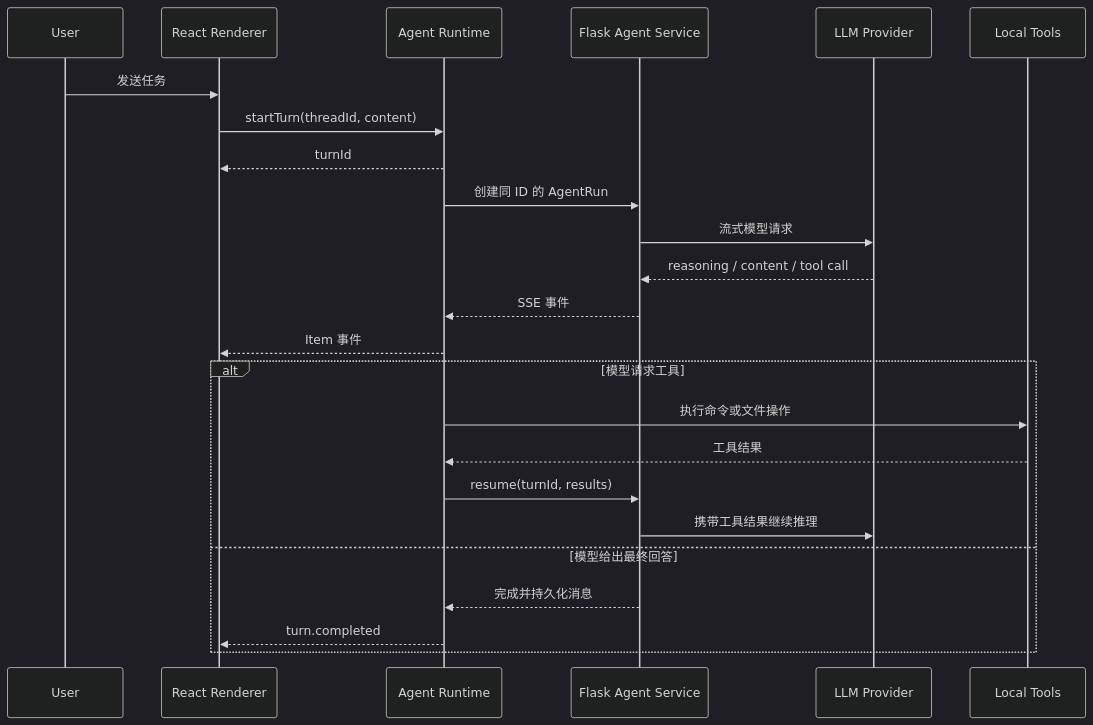
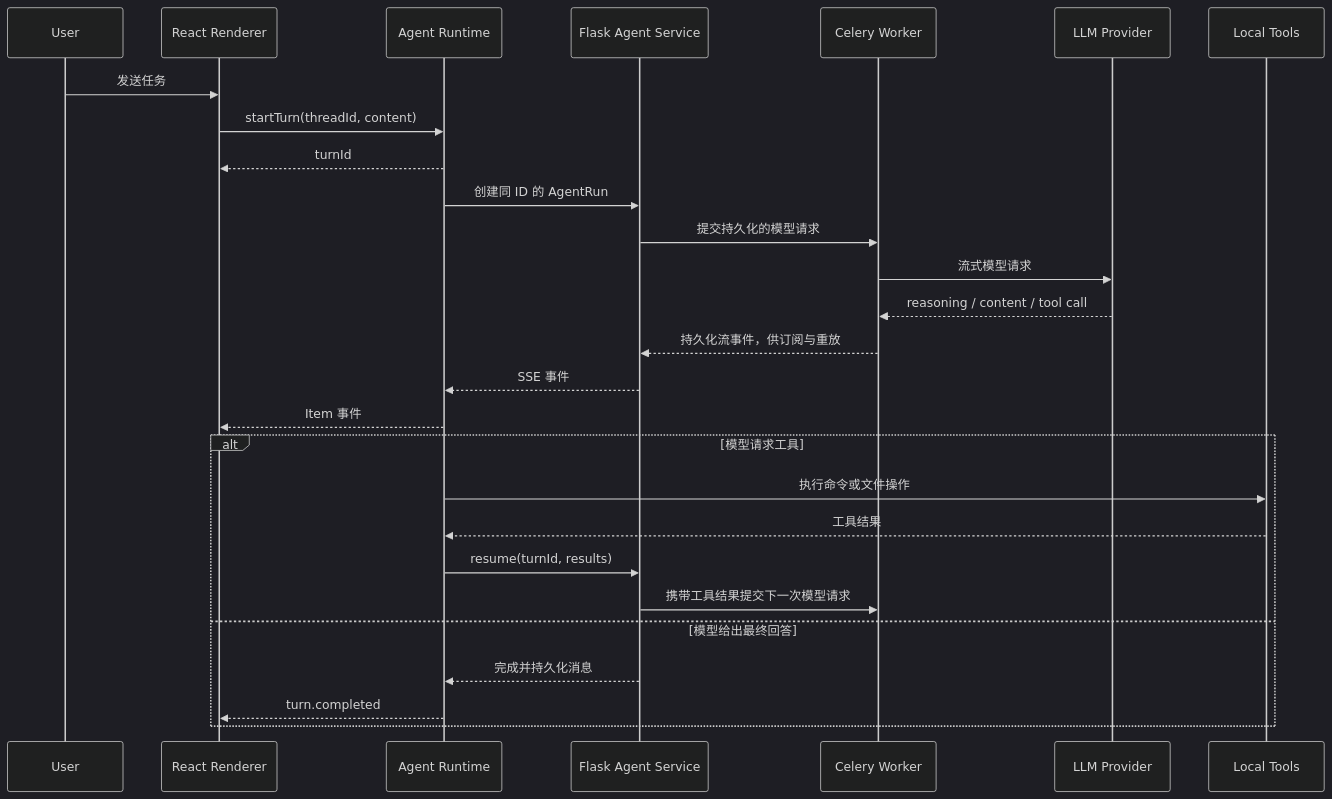
Before and after one commit to Covfefeable/ohmycode: the third of 3 diagrams in README.md, drawn with Mermaid (dark theme). The commit also changed other lines of this file and 36 other files, not shown here.

````diff
--- a/README.md
+++ b/README.md
@@ -158,27 +159,30 @@
 ```mermaid
 sequenceDiagram
     participant U as User
     participant UI as React Renderer
     participant R as Agent Runtime
     participant A as Flask Agent Service
+    participant W as Celery Worker
     participant L as LLM Provider
     participant T as Local Tools
 
     U->>UI: 发送任务
     UI->>R: startTurn(threadId, content)
     R-->>UI: turnId
     R->>A: 创建同 ID 的 AgentRun
-    A->>L: 流式模型请求
-    L-->>A: reasoning / content / tool call
+    A->>W: 提交持久化的模型请求
+    W->>L: 流式模型请求
+    L-->>W: reasoning / content / tool call
+    W-->>A: 持久化流事件，供订阅与重放
     A-->>R: SSE 事件
     R-->>UI: Item 事件
     alt 模型请求工具
         R->>T: 执行命令或文件操作
         T-->>R: 工具结果
         R->>A: resume(turnId, results)
-        A->>L: 携带工具结果继续推理
+        A->>W: 携带工具结果提交下一次模型请求
     else 模型给出最终回答
         A-->>R: 完成并持久化消息
         R-->>UI: turn.completed
     end
 ```
````
